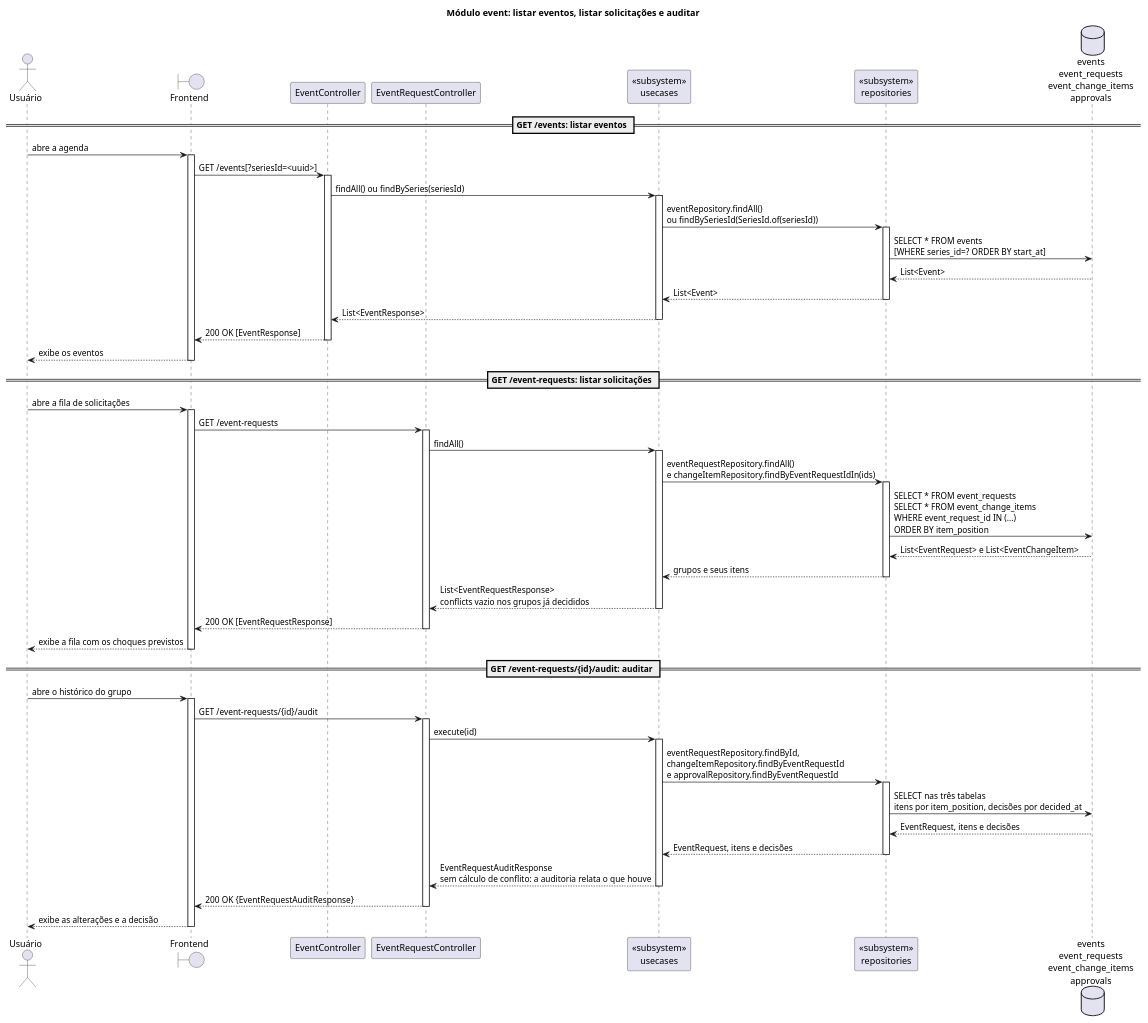
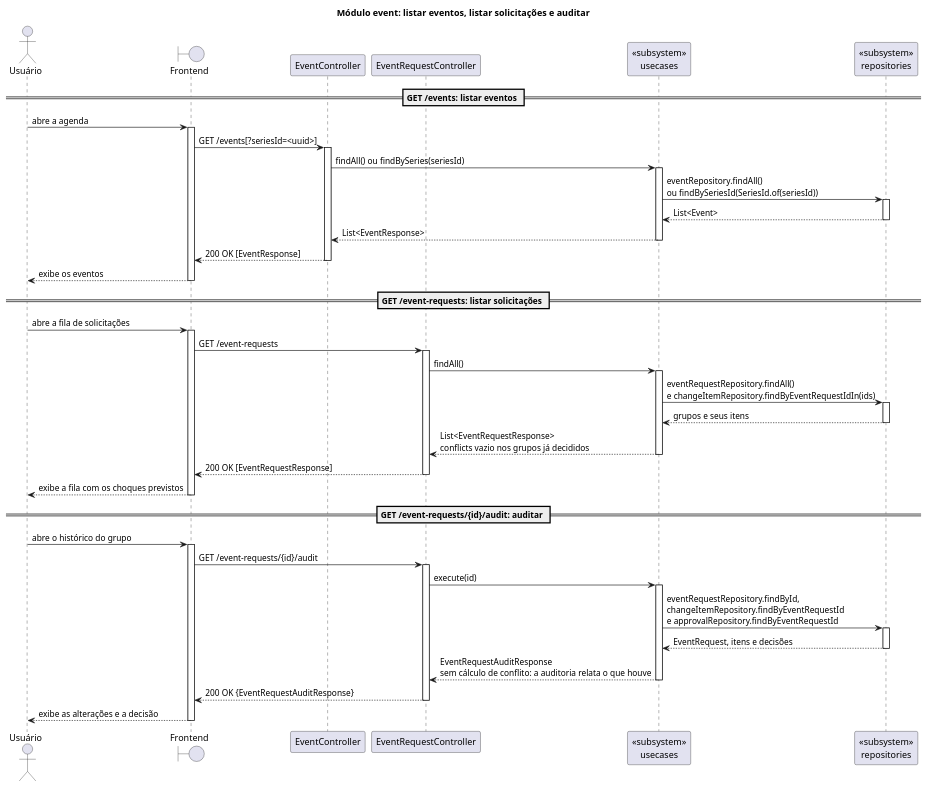
Before and after one commit to Neoguara/rooms-diagrams: the diagram in src/plantuml/sequencia/simples/event.puml, drawn with PlantUML. The commit also changed 23 other files, not shown here.

```diff
--- a/src/plantuml/sequencia/simples/event.puml
+++ b/src/plantuml/sequencia/simples/event.puml
@@ -1,97 +1,93 @@
 @startuml event_simples
 
 ' As três leituras do módulo event, no estilo simplista. As três escritas, que passam pela
 ' aprovação, estão em event_request.puml. Os diagramas completos continuam em
 ' sequencia/event/, e é lá que estão os desvios.
 '
-' Quatro cortes em relação aos completos:
+' Cinco cortes em relação aos completos:
 '   1. Porta e implementação viram um participante só, tipado como «subsystem».
 '   2. Só o caminho de sucesso. Nenhum alt: os erros (404) estão nos completos.
 '   3. Nenhum loop, nenhuma mensagem para si mesmo.
 '   4. Ativação só em trecho reto, abrindo e fechando no mesmo nível.
+'   5. O armazenamento não aparece. As mensagens param no participante de repositório,
+'      e a consulta ou gravação fica implícita: o que importa é a conversa entre as
+'      camadas, não o SQL.
 '
 ' Não existe recurso de série: as ocorrências de uma recorrência são listadas filtrando os
 ' eventos por seriesId.
 
 title Módulo event: listar eventos, listar solicitações e auditar
 
 actor "Usuário" as Ator
 boundary "Frontend" as FE
 participant "EventController" as EvCtrl
 participant "EventRequestController" as ReqCtrl
 
 participant "<<subsystem>>\nusecases" as UC
 
 participant "<<subsystem>>\nrepositories" as Repo
-database "events\nevent_requests\nevent_change_items\napprovals" as DB
 
 == GET /events: listar eventos ==
 
 Ator -> FE: abre a agenda
 activate FE
 FE -> EvCtrl: GET /events[?seriesId=<uuid>]
 activate EvCtrl
 EvCtrl -> UC: findAll() ou findBySeries(seriesId)
 activate UC
 
 UC -> Repo: eventRepository.findAll()\nou findBySeriesId(SeriesId.of(seriesId))
 activate Repo
-Repo -> DB: SELECT * FROM events\n[WHERE series_id=? ORDER BY start_at]
-DB --> Repo: List<Event>
 Repo --> UC: List<Event>
 deactivate Repo
 
 UC --> EvCtrl: List<EventResponse>
 deactivate UC
 EvCtrl --> FE: 200 OK [EventResponse]
 deactivate EvCtrl
 FE --> Ator: exibe os eventos
 deactivate FE
 
 == GET /event-requests: listar solicitações ==
 
 Ator -> FE: abre a fila de solicitações
 activate FE
 FE -> ReqCtrl: GET /event-requests
 activate ReqCtrl
 ReqCtrl -> UC: findAll()
 activate UC
 
 UC -> Repo: eventRequestRepository.findAll()\ne changeItemRepository.findByEventRequestIdIn(ids)
 activate Repo
-Repo -> DB: SELECT * FROM event_requests\nSELECT * FROM event_change_items\nWHERE event_request_id IN (...)\nORDER BY item_position
-DB --> Repo: List<EventRequest> e List<EventChangeItem>
 Repo --> UC: grupos e seus itens
 deactivate Repo
 
 UC --> ReqCtrl: List<EventRequestResponse>\nconflicts vazio nos grupos já decididos
 deactivate UC
 ReqCtrl --> FE: 200 OK [EventRequestResponse]
 deactivate ReqCtrl
 FE --> Ator: exibe a fila com os choques previstos
 deactivate FE
 
 == GET /event-requests/{id}/audit: auditar ==
 
 Ator -> FE: abre o histórico do grupo
 activate FE
 FE -> ReqCtrl: GET /event-requests/{id}/audit
 activate ReqCtrl
 ReqCtrl -> UC: execute(id)
 activate UC
 
 UC -> Repo: eventRequestRepository.findById,\nchangeItemRepository.findByEventRequestId\ne approvalRepository.findByEventRequestId
 activate Repo
-Repo -> DB: SELECT nas três tabelas\nitens por item_position, decisões por decided_at
-DB --> Repo: EventRequest, itens e decisões
 Repo --> UC: EventRequest, itens e decisões
 deactivate Repo
 
 UC --> ReqCtrl: EventRequestAuditResponse\nsem cálculo de conflito: a auditoria relata o que houve
 deactivate UC
 ReqCtrl --> FE: 200 OK {EventRequestAuditResponse}
 deactivate ReqCtrl
 FE --> Ator: exibe as alterações e a decisão
 deactivate FE
 
 @enduml
```
